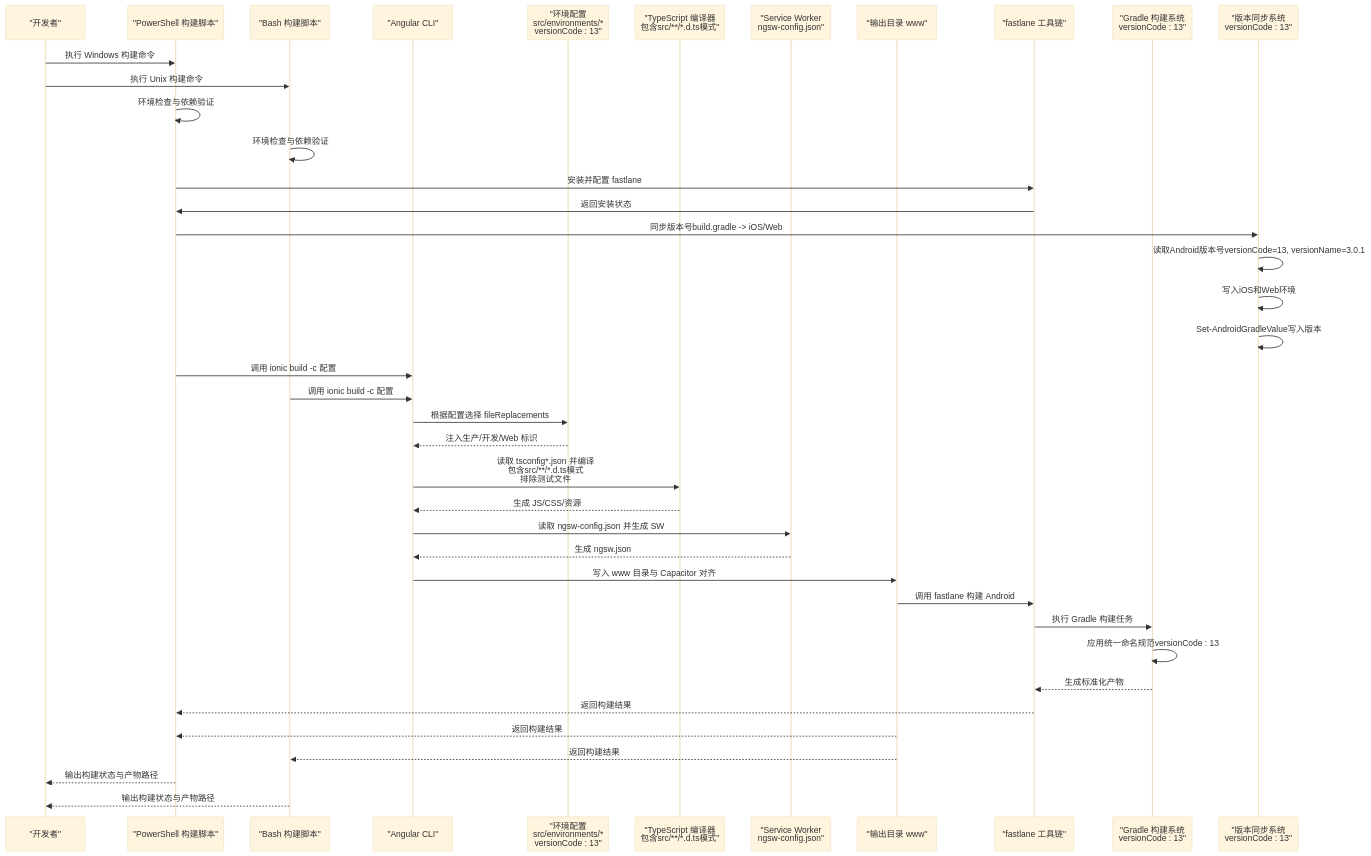
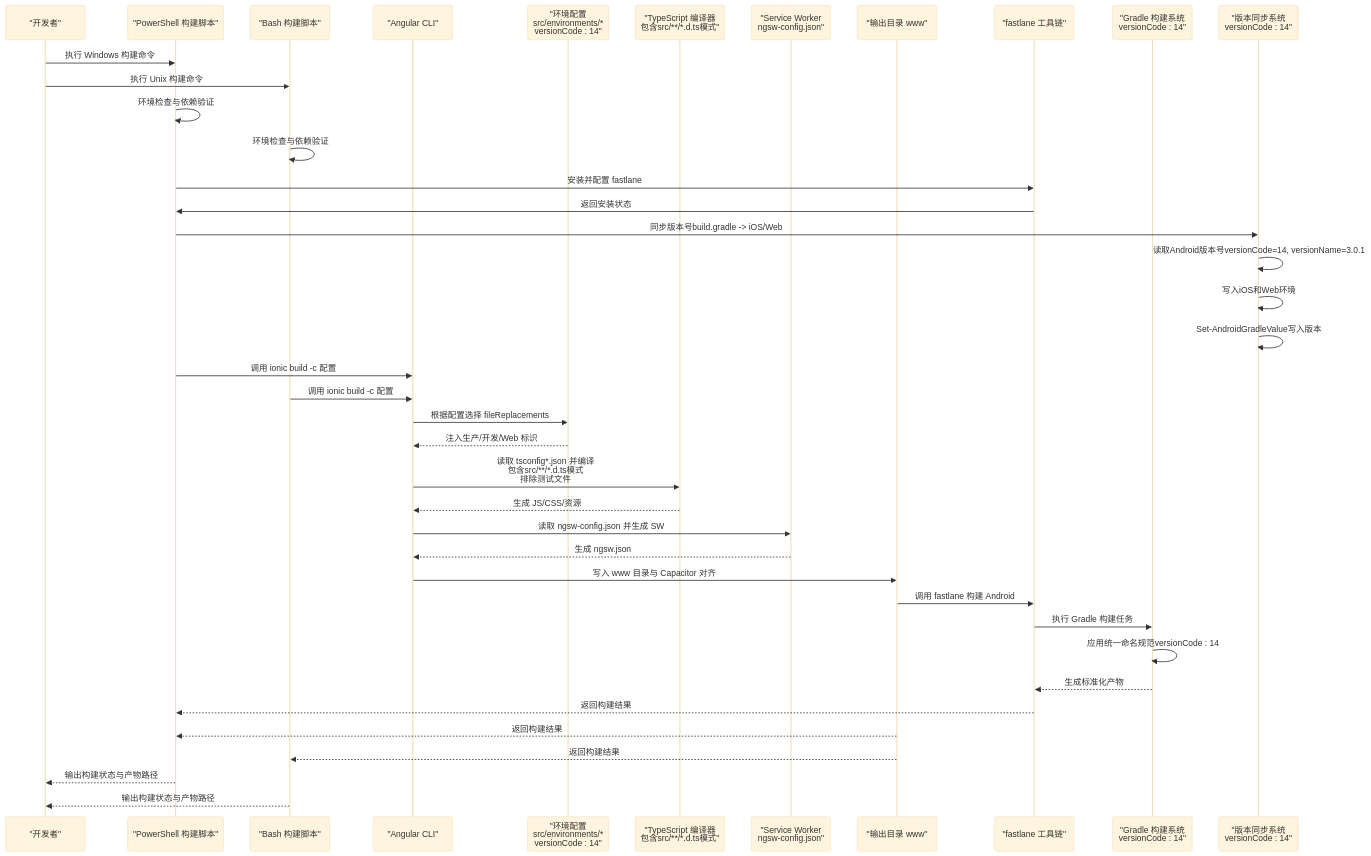
The second of 6 diagrams in .qoder/repowiki/zh/content/构建与部署/构建配置.md (tea4go/Macro-Deck-Client-App), drawn with Mermaid (base theme) before and after one commit. The commit also changed other lines of this file and 4 other files, not shown here.

````diff
--- a/.qoder/repowiki/zh/content/构建与部署/构建配置.md
+++ b/.qoder/repowiki/zh/content/构建与部署/构建配置.md
@@ -195,42 +195,42 @@
 ```mermaid
 sequenceDiagram
 participant Dev as "开发者"
 participant WinPS as "PowerShell 构建脚本"
 participant UnixSh as "Bash 构建脚本"
 participant CLI as "Angular CLI"
-participant Env as "环境配置<br/>src/environments/*<br/>versionCode : 13"
+participant Env as "环境配置<br/>src/environments/*<br/>versionCode : 14"
 participant TS as "TypeScript 编译器<br/>包含src/**/*.d.ts模式"
 participant SW as "Service Worker<br/>ngsw-config.json"
 participant Out as "输出目录 www"
 participant Fastlane as "fastlane 工具链"
-participant Gradle as "Gradle 构建系统<br/>versionCode : 13"
-participant VersionSync as "版本同步系统<br/>versionCode : 13"
+participant Gradle as "Gradle 构建系统<br/>versionCode : 14"
+participant VersionSync as "版本同步系统<br/>versionCode : 14"
 Dev->>WinPS : 执行 Windows 构建命令
 Dev->>UnixSh : 执行 Unix 构建命令
 WinPS->>WinPS : 环境检查与依赖验证
 UnixSh->>UnixSh : 环境检查与依赖验证
 WinPS->>Fastlane : 安装并配置 fastlane
 Fastlane->>WinPS : 返回安装状态
 WinPS->>VersionSync : 同步版本号build.gradle -> iOS/Web
-VersionSync->>VersionSync : 读取Android版本号versionCode=13, versionName=3.0.1
+VersionSync->>VersionSync : 读取Android版本号versionCode=14, versionName=3.0.1
 VersionSync->>VersionSync : 写入iOS和Web环境
 VersionSync->>VersionSync : Set-AndroidGradleValue写入版本
 WinPS->>CLI : 调用 ionic build -c 配置
 UnixSh->>CLI : 调用 ionic build -c 配置
 CLI->>Env : 根据配置选择 fileReplacements
 Env-->>CLI : 注入生产/开发/Web 标识
 CLI->>TS : 读取 tsconfig*.json 并编译<br/>包含src/**/*.d.ts模式<br/>排除测试文件
 TS-->>CLI : 生成 JS/CSS/资源
 CLI->>SW : 读取 ngsw-config.json 并生成 SW
 SW-->>CLI : 生成 ngsw.json
 CLI->>Out : 写入 www 目录与 Capacitor 对齐
 Out->>Fastlane : 调用 fastlane 构建 Android
 Fastlane->>Gradle : 执行 Gradle 构建任务
-Gradle->>Gradle : 应用统一命名规范versionCode : 13
+Gradle->>Gradle : 应用统一命名规范versionCode : 14
 Gradle-->>Fastlane : 生成标准化产物
 Fastlane-->>WinPS : 返回构建结果
 Out-->>WinPS : 返回构建结果
 Out-->>UnixSh : 返回构建结果
 WinPS-->>Dev : 输出构建状态与产物路径
 UnixSh-->>Dev : 输出构建状态与产物路径
 ```
````
